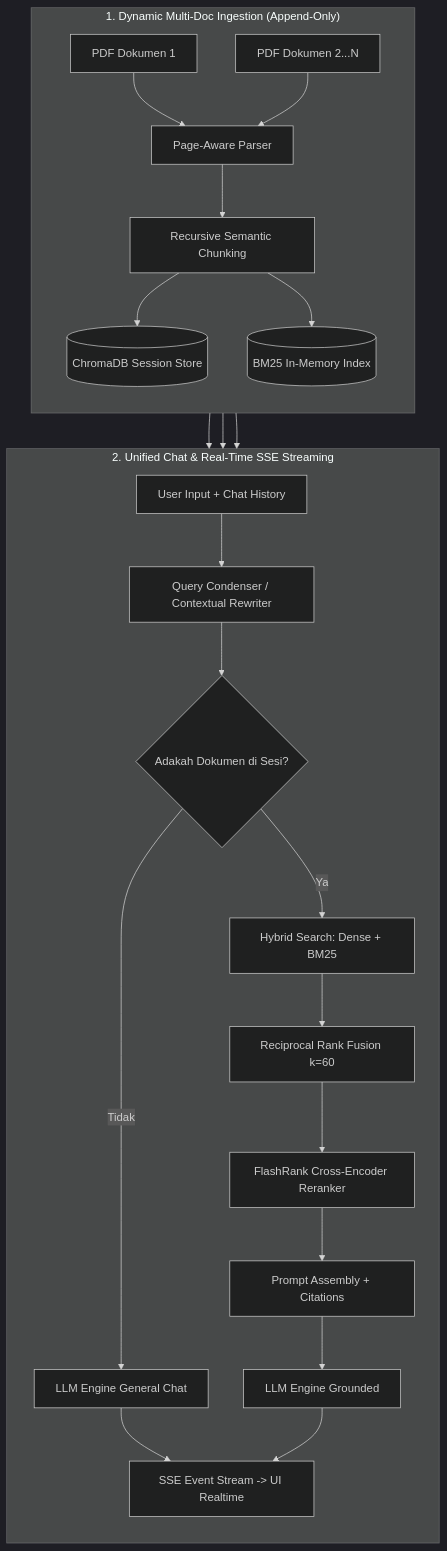
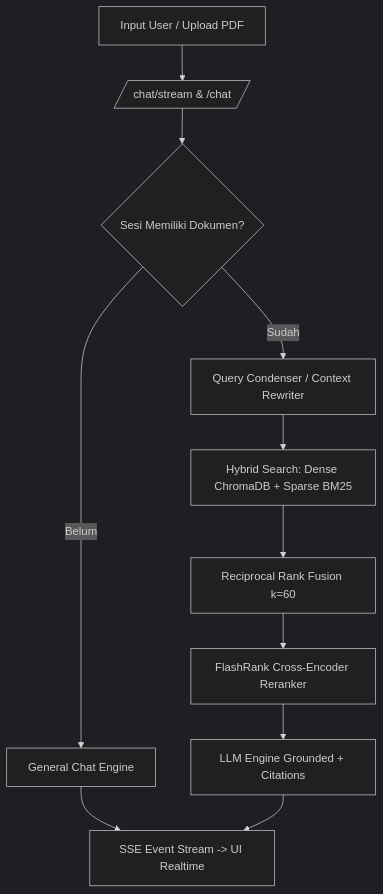
The diagram in docs/RAG-architecture.md (projectdummy2025/agentic-resume-project), drawn with Mermaid (dark theme) before and after one commit. The commit also changed other lines of this file, not shown here.

Commit message:
Rewrite RAG architecture doc as concise reference

````diff
--- a/docs/RAG-architecture.md
+++ b/docs/RAG-architecture.md
@@ -44,35 +11,16 @@
 ```mermaid
 flowchart TD
-    %% 1. DYNAMIC INGESTION
-    subgraph INGESTION ["1. Dynamic Multi-Doc Ingestion (Append-Only)"]
-        direction TB
-        PDF1[PDF Dokumen 1] --> PARSER[Page-Aware Parser]
-        PDF2[PDF Dokumen 2...N] --> PARSER
-        PARSER --> CHUNK[Recursive Semantic Chunking]
-        CHUNK --> DENSE[(ChromaDB Session Store)]
-        CHUNK --> SPARSE[(BM25 In-Memory Index)]
-    end
-
-    INGESTION --> RETRIEVAL
-
-    %% 2. UNIFIED CHAT & STREAMING
-    subgraph RETRIEVAL ["2. Unified Chat & Real-Time SSE Streaming"]
-        direction TB
-        U_IN[User Input + Chat History] --> QC[Query Condenser / Contextual Rewriter]
-        
-        QC --> CHK{Adakah Dokumen di Sesi?}
-        CHK -- Tidak --> LLM_PLAIN[LLM Engine General Chat]
-        CHK -- Ya --> HYBRID[Hybrid Search: Dense + BM25]
-        
-        HYBRID --> RRF[Reciprocal Rank Fusion k=60]
-        RRF --> RERANK[FlashRank Cross-Encoder Reranker]
-        RERANK --> PROMPT[Prompt Assembly + Citations]
-        PROMPT --> LLM_RAG[LLM Engine Grounded]
-        
-        LLM_PLAIN --> SSE[SSE Event Stream -> UI Realtime]
-        LLM_RAG --> SSE
-    end
-
-    DENSE --> HYBRID
-    SPARSE --> HYBRID
+    INPUT[Input User / Upload PDF] --> STREAM[/chat/stream & /chat/]
+    STREAM --> CHECK{Sesi Memiliki Dokumen?}
+    
+    CHECK -- Belum --> GENERAL[General Chat Engine]
+    CHECK -- Sudah --> CONDENSE[Query Condenser / Context Rewriter]
+    
+    CONDENSE --> HYBRID[Hybrid Search: Dense ChromaDB + Sparse BM25]
+    HYBRID --> RRF[Reciprocal Rank Fusion k=60]
+    RRF --> RERANK[FlashRank Cross-Encoder Reranker]
+    RERANK --> LLM_RAG[LLM Engine Grounded + Citations]
+    
+    GENERAL --> SSE[SSE Event Stream -> UI Realtime]
+    LLM_RAG --> SSE
 ```
````
